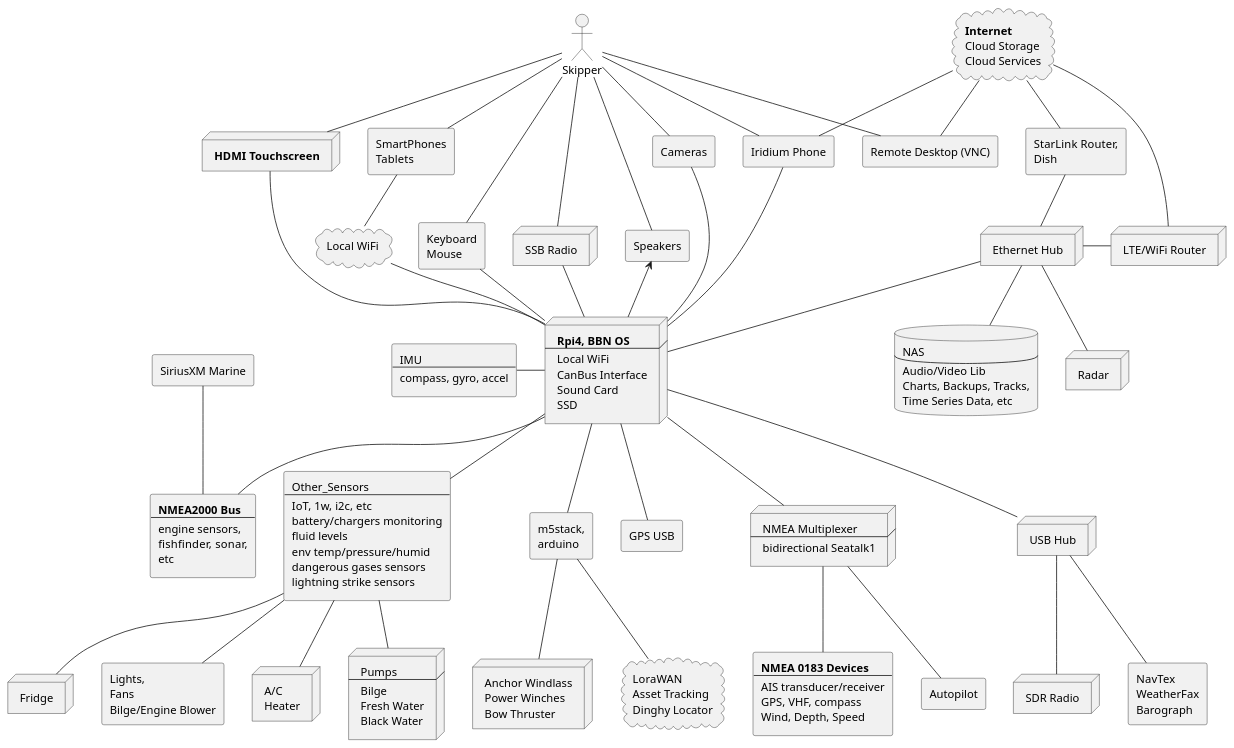
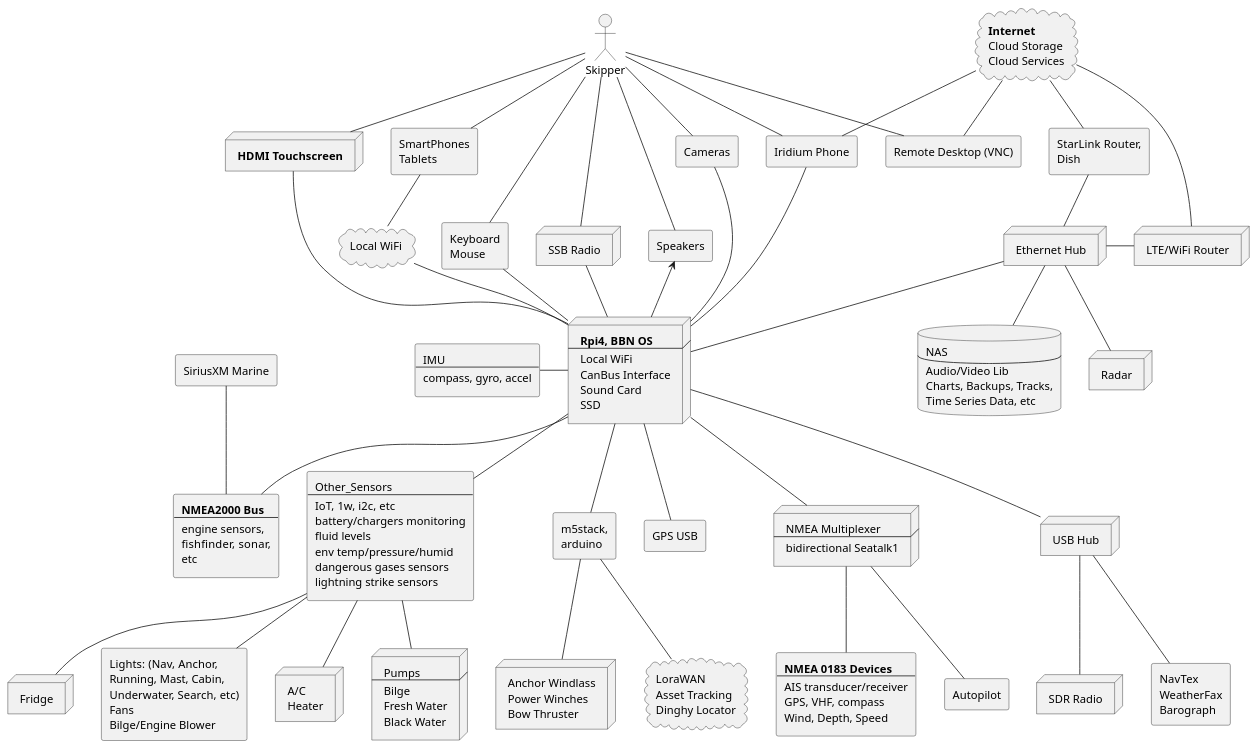
Before and after one commit to bareboat-necessities/my-bareboat: the diagram in docs/plantuml/system-arch.puml, drawn with PlantUML.

Commit message:
better diagrams

```diff
--- a/docs/plantuml/system-arch.puml
+++ b/docs/plantuml/system-arch.puml
@@ -131,7 +131,9 @@
 ]
 
 rectangle Lights_Fans [
- Lights,
+ Lights: (Nav, Anchor,
+ Running, Mast, Cabin,
+ Underwater, Search, etc)
  Fans
  Bilge/Engine Blower
 ]
```
